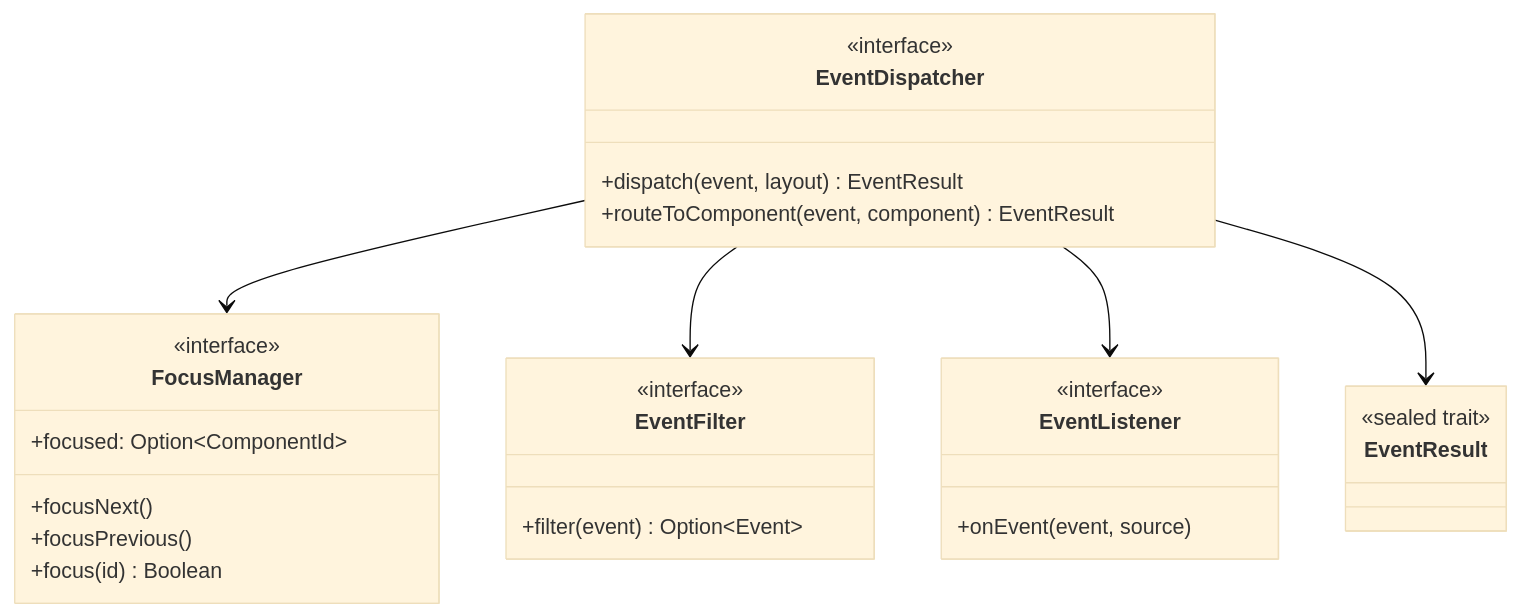
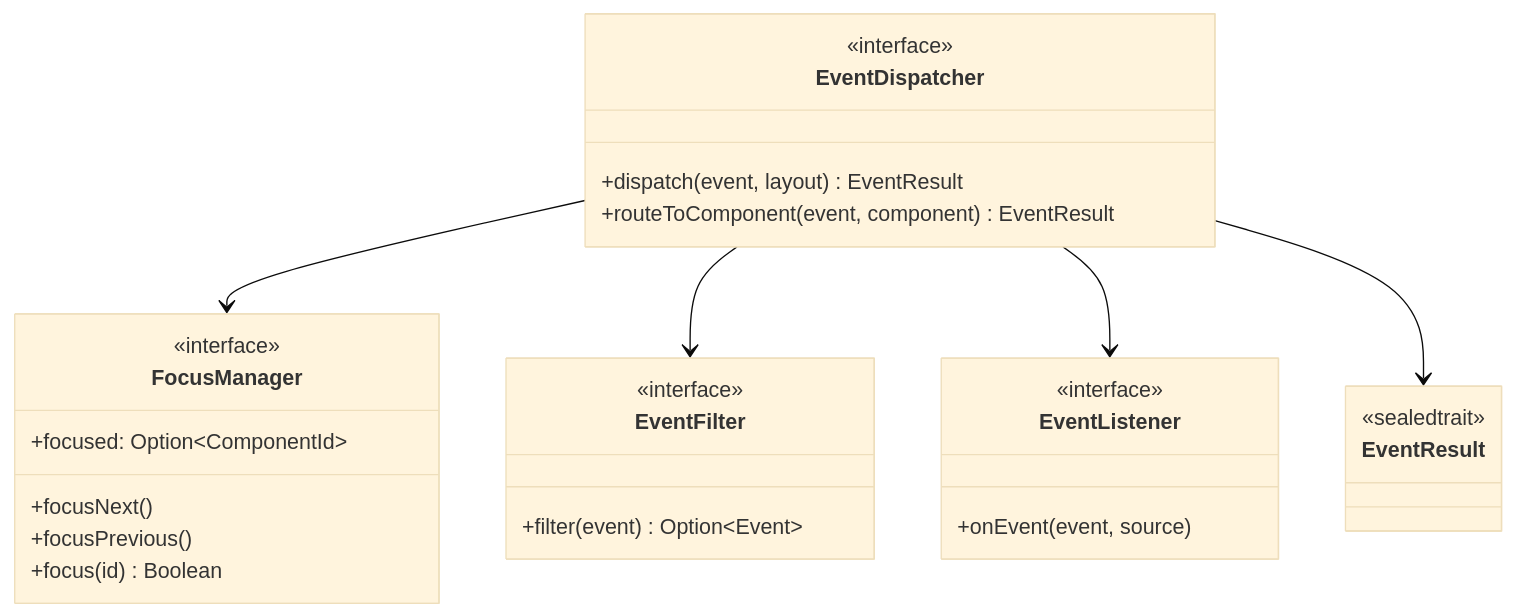
Before and after one commit to WickedSik/ws-console: diagram 11 of 26 in docs/terminal-architecture.md, drawn with Mermaid (base theme). The commit also changed other lines of this file and 7 other files, not shown here.

````diff
--- a/docs/terminal-architecture.md
+++ b/docs/terminal-architecture.md
@@ -652,35 +683,35 @@
 ```mermaid
 classDiagram
     class EventDispatcher {
         <<interface>>
         +dispatch(event, layout) EventResult
         +routeToComponent(event, component) EventResult
     }
 
     class FocusManager {
         <<interface>>
         +focused: Option~ComponentId~
         +focusNext()
         +focusPrevious()
         +focus(id) Boolean
     }
 
     class EventFilter {
         <<interface>>
         +filter(event) Option~Event~
     }
 
     class EventListener {
         <<interface>>
         +onEvent(event, source)
     }
 
     class EventResult {
-        <<sealed trait>>
-    }
+<<sealedtrait>>
+}
 
-    EventDispatcher --> FocusManager
-    EventDispatcher --> EventFilter
-    EventDispatcher --> EventListener
-    EventDispatcher --> EventResult
+EventDispatcher --> FocusManager
+EventDispatcher --> EventFilter
+EventDispatcher --> EventListener
+EventDispatcher --> EventResult
 ```
````
